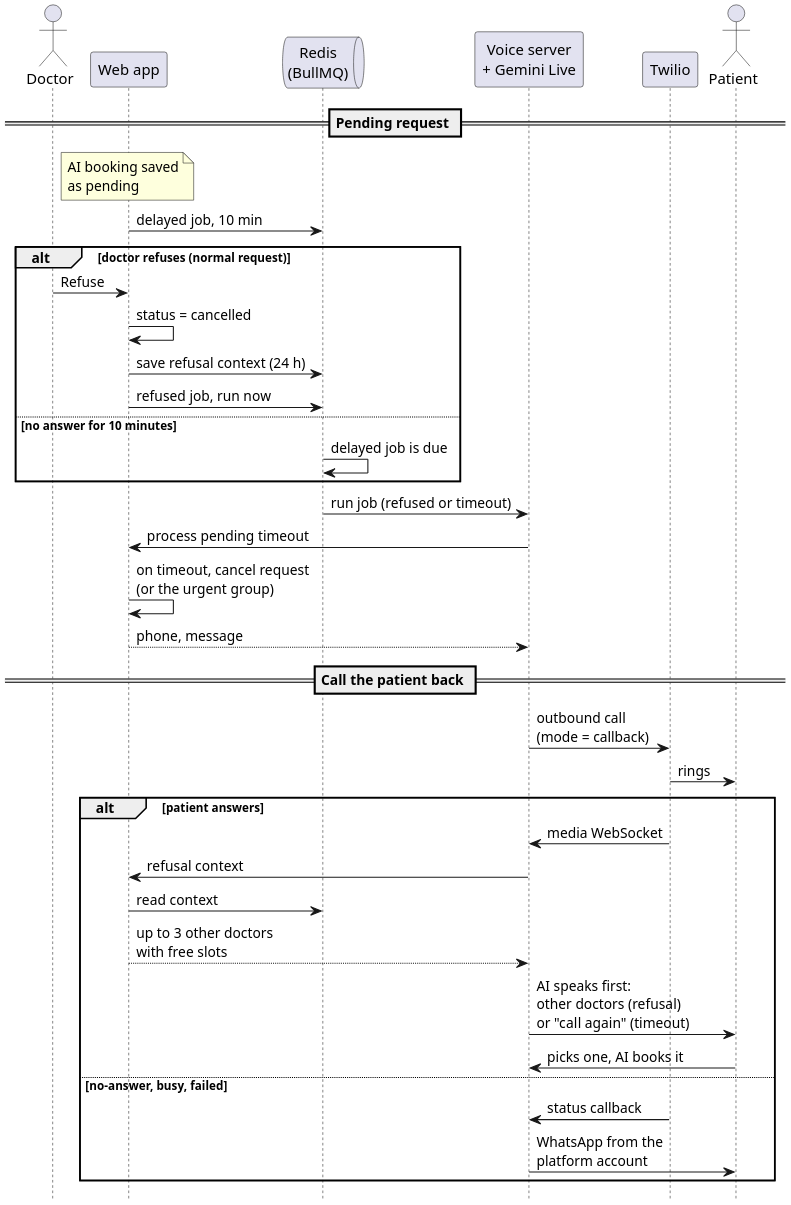
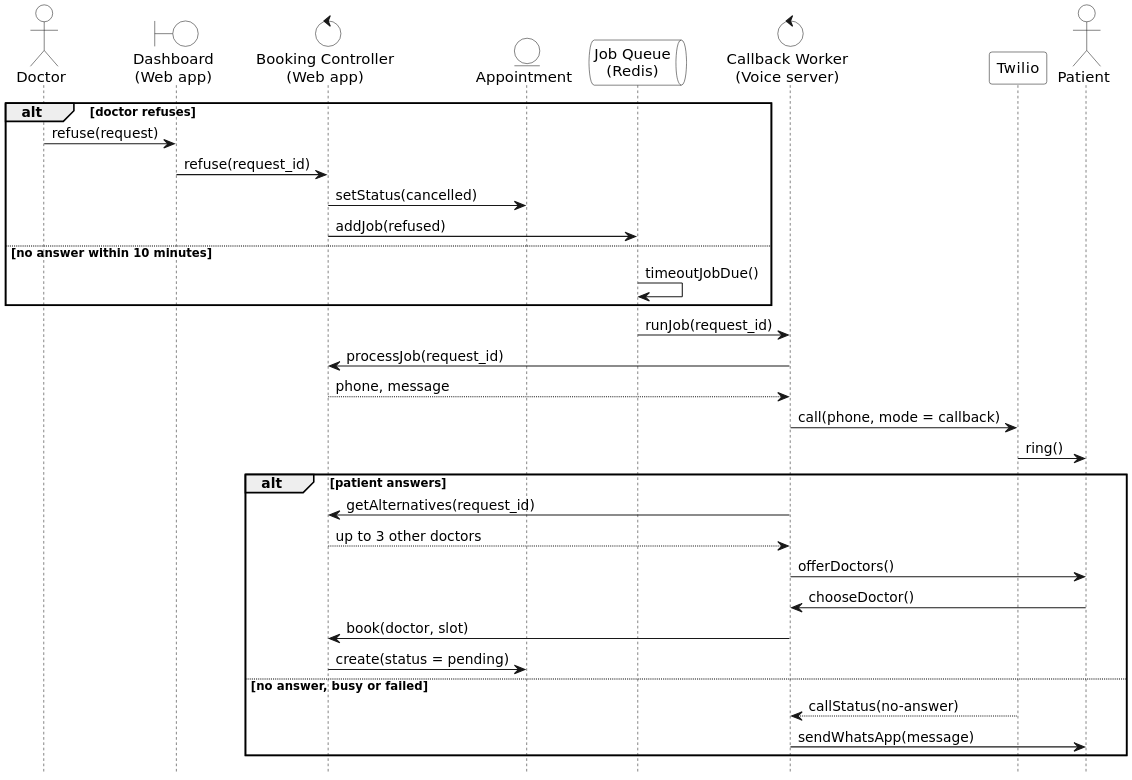
One commit to AtriOmar/riaya-report changed the diagram in images/diagrams/src/sequence_callback.puml. Above: the diagram before and after it, drawn with PlantUML. The commit also changed 31 other files, not shown here.

First line of the commit message:
Redraw the sequence, class, activity and BPMN diagrams

```diff
--- a/images/diagrams/src/sequence_callback.puml
+++ b/images/diagrams/src/sequence_callback.puml
@@ -1,46 +1,48 @@
 @startuml sequence_callback
 skinparam dpi 192
+skinparam monochrome true
+skinparam shadowing false
+skinparam defaultFontName "DejaVu Sans"
+skinparam ParticipantBackgroundColor white
+skinparam ActorBackgroundColor white
+skinparam BoundaryBackgroundColor white
+skinparam ControlBackgroundColor white
+skinparam EntityBackgroundColor white
+skinparam QueueBackgroundColor white
+skinparam SequenceGroupHeaderBackgroundColor white
 hide footbox
-skinparam maxMessageSize 210
 
 actor "Doctor" as Dr
-participant "Web app" as W
-queue "Redis\n(BullMQ)" as Q
-participant "Voice server\n+ Gemini Live" as V
+boundary "Dashboard\n(Web app)" as UI
+control "Booking Controller\n(Web app)" as B
+entity "Appointment" as E
+queue "Job Queue\n(Redis)" as Q
+control "Callback Worker\n(Voice server)" as W
 participant "Twilio" as T
 actor "Patient" as P
 
-== Pending request ==
-note over W : AI booking saved\nas pending
-W -> Q : delayed job, 10 min
-
-alt doctor refuses (normal request)
-  Dr -> W : Refuse
-  W -> W : status = cancelled
-  W -> Q : save refusal context (24 h)
-  W -> Q : refused job, run now
-else no answer for 10 minutes
-  Q -> Q : delayed job is due
+alt doctor refuses
+  Dr -> UI : refuse(request)
+  UI -> B : refuse(request_id)
+  B -> E : setStatus(cancelled)
+  B -> Q : addJob(refused)
+else no answer within 10 minutes
+  Q -> Q : timeoutJobDue()
 end
-
-Q -> V : run job (refused or timeout)
-V -> W : process pending timeout
-W -> W : on timeout, cancel request\n(or the urgent group)
-W --> V : phone, message
-
-== Call the patient back ==
-V -> T : outbound call\n(mode = callback)
-T -> P : rings
-
+Q -> W : runJob(request_id)
+W -> B : processJob(request_id)
+B --> W : phone, message
+W -> T : call(phone, mode = callback)
+T -> P : ring()
 alt patient answers
-  T -> V : media WebSocket
-  V -> W : refusal context
-  W -> Q : read context
-  W --> V : up to 3 other doctors\nwith free slots
-  V -> P : AI speaks first:\nother doctors (refusal)\nor "call again" (timeout)
-  P -> V : picks one, AI books it
-else no-answer, busy, failed
-  T -> V : status callback
-  V -> P : WhatsApp from the\nplatform account
+  W -> B : getAlternatives(request_id)
+  B --> W : up to 3 other doctors
+  W -> P : offerDoctors()
+  P -> W : chooseDoctor()
+  W -> B : book(doctor, slot)
+  B -> E : create(status = pending)
+else no answer, busy or failed
+  T --> W : callStatus(no-answer)
+  W -> P : sendWhatsApp(message)
 end
 @enduml
```
